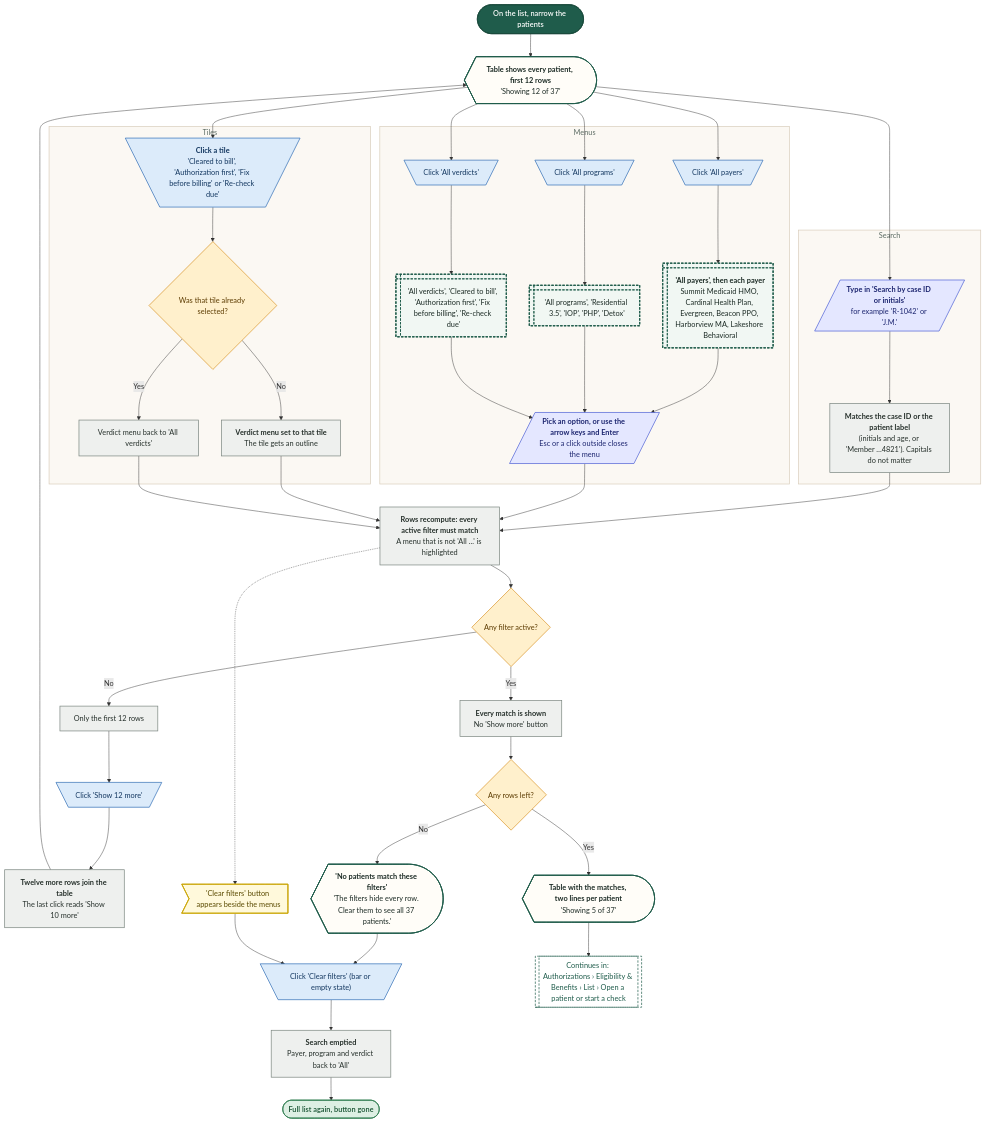
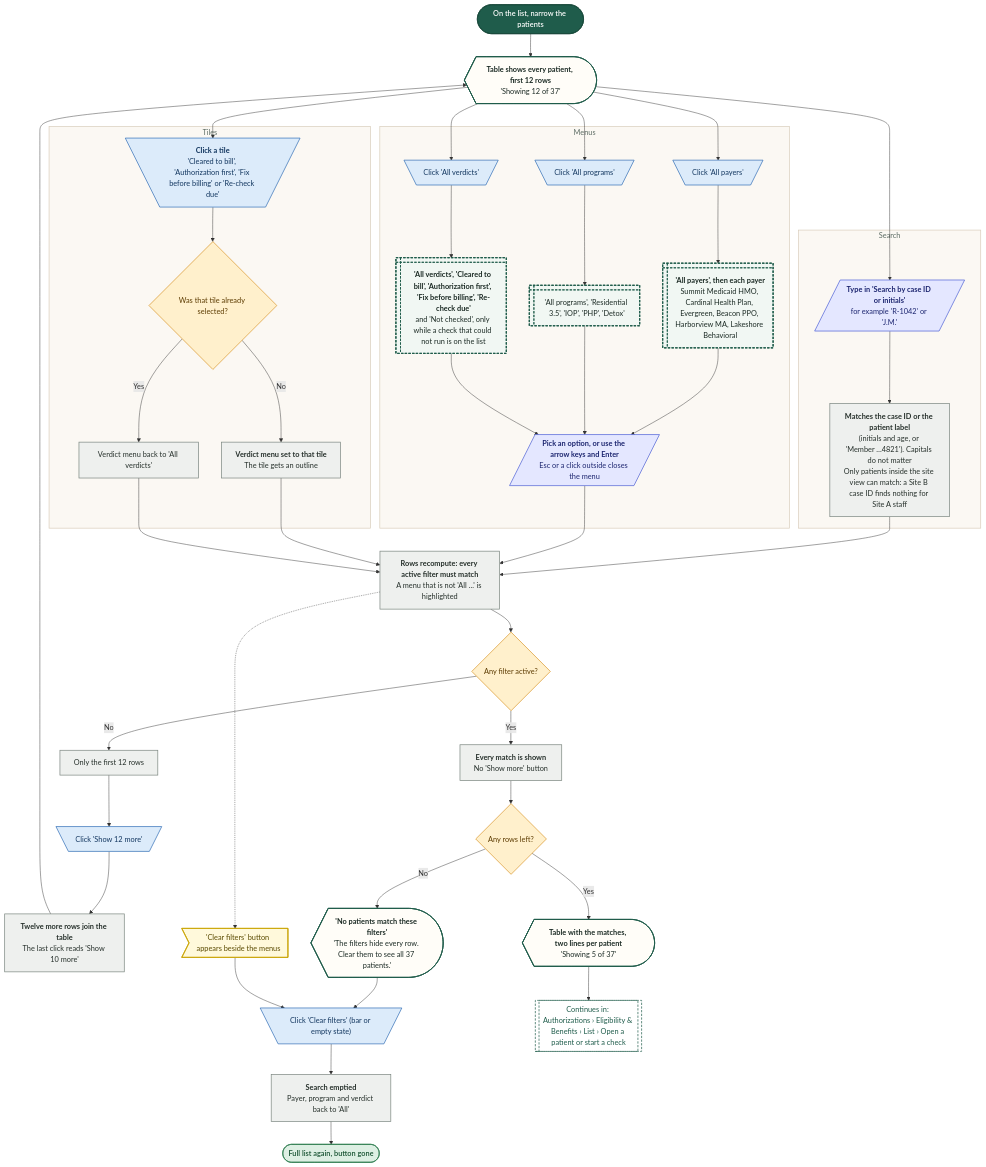
The second of 28 diagrams in demos/prior-auth-demo/workflows/out/md/05-eligibility.md (Shrav143/psyfloapp), drawn with Mermaid before and after one commit. The commit also changed other lines of this file and 251 other files, not shown here.

First line of the commit message:
docs: rebuild the workflow diagrams (291) for round 4

```diff
--- a/demos/prior-auth-demo/workflows/out/md/05-eligibility.md
+++ b/demos/prior-auth-demo/workflows/out/md/05-eligibility.md
@@ -117,7 +122,7 @@
   sc0@{ shape: curv-trap, label: "<b>Table shows every patient, first 12 rows</b><br/>'Showing 12 of 37'" }
   subgraph gSearch ["Search"]
   i1@{ shape: lean-r, label: "<b>Type in 'Search by case ID or initials'</b><br/>for example 'R-1042' or 'J.M.'" }
-  p1@{ shape: rect, label: "<b>Matches the case ID or the patient label</b><br/>(initials and age, or 'Member …4821'). Capitals do not matter" }
+  p1@{ shape: rect, label: "<b>Matches the case ID or the patient label</b><br/>(initials and age, or 'Member …4821'). Capitals do not matter<br/>Only patients inside the site view can match: a Site B case ID finds nothing for Site A staff" }
   end
   subgraph gMenus ["Menus"]
   c1@{ shape: trap-t, label: "Click 'All payers'" }
@@ -125,7 +130,7 @@
   c2@{ shape: trap-t, label: "Click 'All programs'" }
   o2@{ shape: win-pane, label: "'All programs', 'Residential 3.5', 'IOP', 'PHP', 'Detox'" }
   c3@{ shape: trap-t, label: "Click 'All verdicts'" }
-  o3@{ shape: win-pane, label: "'All verdicts', 'Cleared to bill', 'Authorization first', 'Fix before billing', 'Re-check due'" }
+  o3@{ shape: win-pane, label: "<b>'All verdicts', 'Cleared to bill', 'Authorization first', 'Fix before billing', 'Re-check due'</b><br/>and 'Not checked', only while a check that could not run is on the list" }
   i2@{ shape: lean-r, label: "<b>Pick an option, or use the arrow keys and Enter</b><br/>Esc or a click outside closes the menu" }
   end
   subgraph gTiles ["Tiles"]
```
